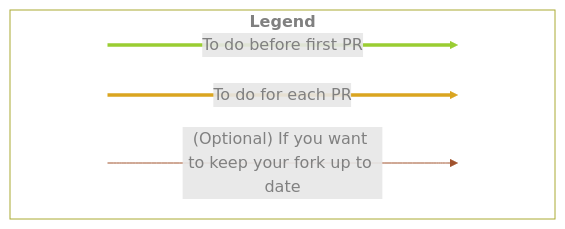
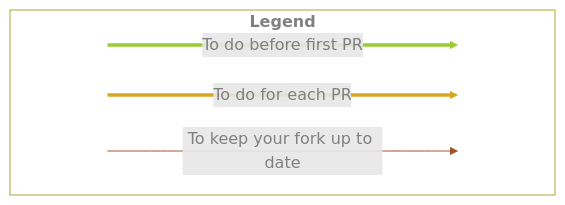
Before and after one commit to WestDRI/arc-training: the second of 12 diagrams in git/col_pr.qmd, drawn with Mermaid. The commit also changed other lines of this file, not shown here.

Commit message:
improve GitHub PR workflow mermaid diagrams

````diff
--- a/git/col_pr.qmd
+++ b/git/col_pr.qmd
@@ -97,24 +106,24 @@
 ```{mermaid}
 %%| echo: false
 %%| fig-cap: The pull request workflow&ensp;
 %%| fig-align: right
 flowchart LR
   subgraph legend["<b>Legend</b>"]
     direction LR
     start1[ ] ===>|To do before first PR| stop1[ ]
     style start1 height:0px;
     style stop1 height:0px;
     start2[ ] ===>|To do for each PR| stop2[ ]
     style start2 height:0px;
     style stop2 height:0px;
-    start3[ ] --->|"(Optional) If you want to keep your fork up to date"| stop3[ ]
+    start3[ ] --->|"To keep your fork up to date"| stop3[ ]
     style start3 height:0px;
     style stop3 height:0px;
 
     style legend fill:#fff, color:grey;
 
     linkStyle 0 stroke:YellowGreen, color:grey;
     linkStyle 1 stroke:goldenrod, color:grey;
     linkStyle 2 stroke:sienna, color:grey;
   end
 ```
````
